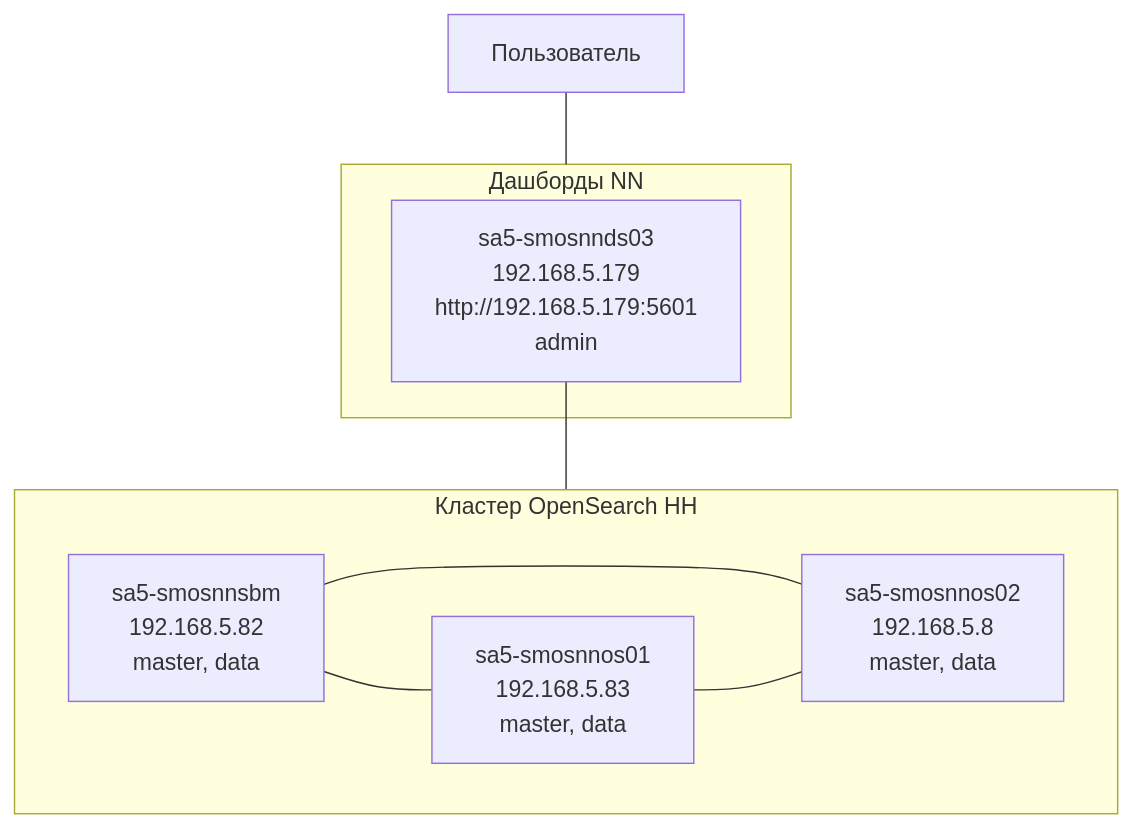
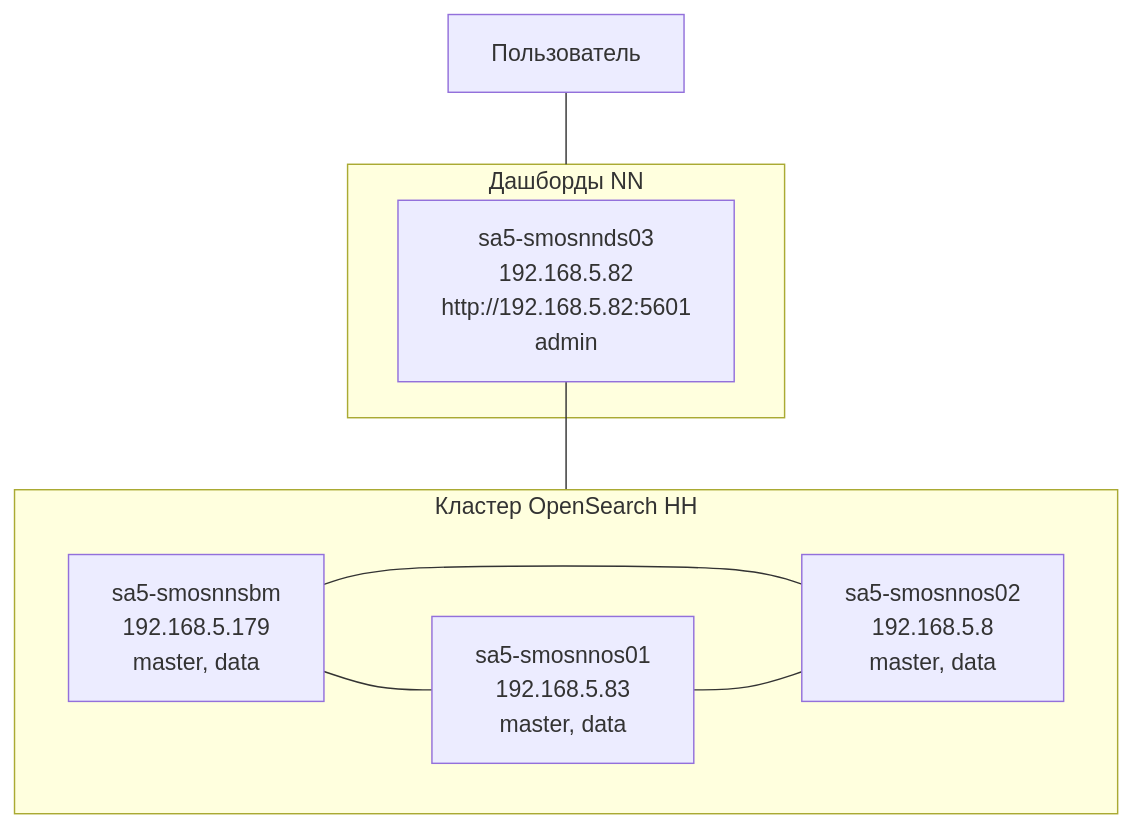
Before and after one commit to vadim-kosarev/jj: the second of 3 diagrams in README.md, drawn with Mermaid.

Commit message:
Update README.md
ip fixed

````diff
--- a/README.md
+++ b/README.md
@@ -24,32 +24,32 @@
 ```mermaid
 graph TD
 
     user[Пользователь]
 
     subgraph ds[Дашборды NN]
-        sa5-smosnnds03[sa5-smosnnds03\n192.168.5.179\nhttp://192.168.5.179:5601\nadmin]
+        sa5-smosnnds03[sa5-smosnnds03\n192.168.5.82\nhttp://192.168.5.82:5601\nadmin]
     end
 
     subgraph osnn["Кластер OpenSearch НН"]
         
         sa5-smosnnsbm[sa5-smosnnsbm
-            192.168.5.82
+            192.168.5.179
             master, data
         ]
         sa5-smosnnos01[sa5-smosnnos01
             192.168.5.83
             master, data
         ]
         sa5-smosnnos02[sa5-smosnnos02
             192.168.5.8
             master, data
         ]
     end
 
 user --- ds
 sa5-smosnnds03 --- osnn
 sa5-smosnnsbm --- sa5-smosnnos01
 sa5-smosnnsbm --- sa5-smosnnos02
 sa5-smosnnos01 --- sa5-smosnnos02
 
 ```
````
